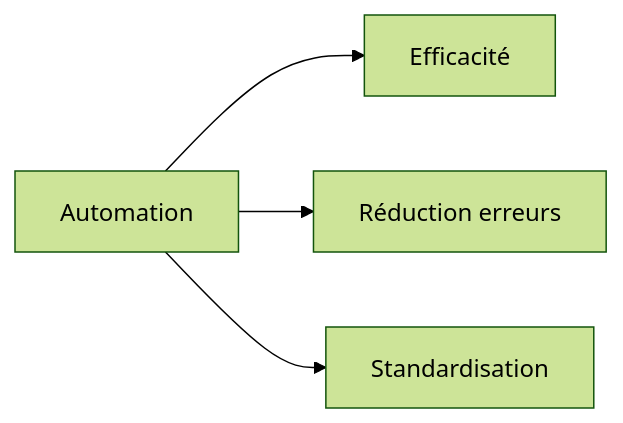
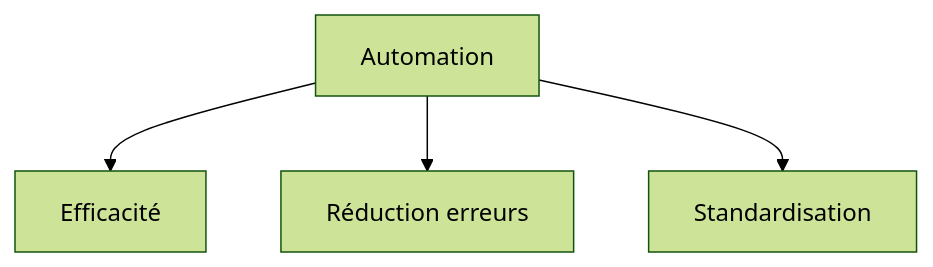
One commit to zyrass/omnydocs changed the third of 30 diagrams in docs/glossaire/devsecops.md. Above: the diagram before and after it, drawn with Mermaid (forest theme). The commit also changed other lines of this file and 1780 other files, not shown here.

````diff
--- a/docs/glossaire/devsecops.md
+++ b/docs/glossaire/devsecops.md
@@ -65,6 +79,6 @@
-    ```mermaid
-    graph LR
-        A[Automation] --> B[Efficacité]
-        A --> C[Réduction erreurs]
-        A --> D[Standardisation]
-    ```
+```mermaid
+graph TB
+    A[Automation] --> B[Efficacité]
+    A --> C[Réduction erreurs]
+    A --> D[Standardisation]
+```
````
